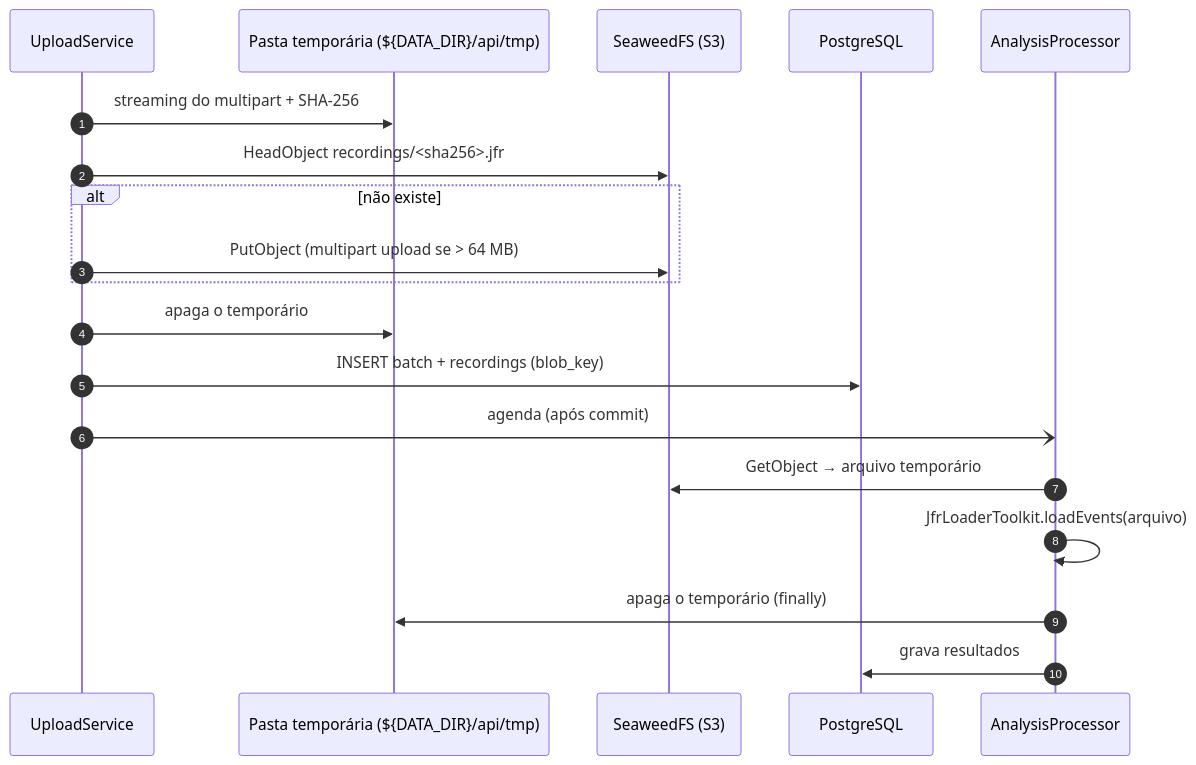
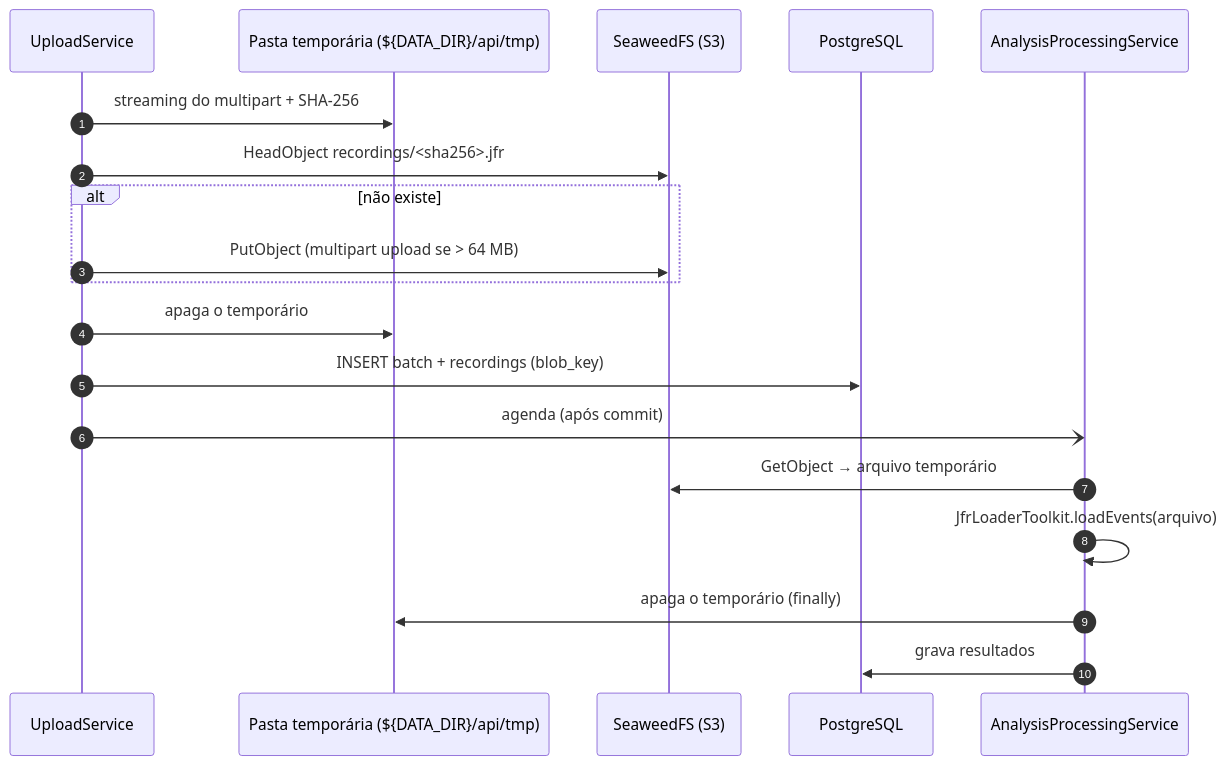
The diagram in jmc-ai-analyzer-api/v0.1.0/09 Armazenamento blob.md (MaiconThales/jmc-ai-analyzer-api), drawn with Mermaid before and after one commit. The commit also changed 242 other files, not shown here.

````diff
--- a/jmc-ai-analyzer-api/v0.1.0/09 Armazenamento blob.md
+++ b/jmc-ai-analyzer-api/v0.1.0/09 Armazenamento blob.md
@@ -71,22 +71,22 @@
 ```mermaid
 sequenceDiagram
     autonumber
     participant US as UploadService
     participant TMP as Pasta temporária (${DATA_DIR}/api/tmp)
     participant BL as SeaweedFS (S3)
     participant DB as PostgreSQL
-    participant AP as AnalysisProcessor
+    participant AP as AnalysisProcessingService
 
     US->>TMP: streaming do multipart + SHA-256
     US->>BL: HeadObject recordings/<sha256>.jfr
     alt não existe
         US->>BL: PutObject (multipart upload se > 64 MB)
     end
     US->>TMP: apaga o temporário
     US->>DB: INSERT batch + recordings (blob_key)
     US-)AP: agenda (após commit)
     AP->>BL: GetObject → arquivo temporário
     AP->>AP: JfrLoaderToolkit.loadEvents(arquivo)
     AP->>TMP: apaga o temporário (finally)
     AP->>DB: grava resultados
 ```
````
